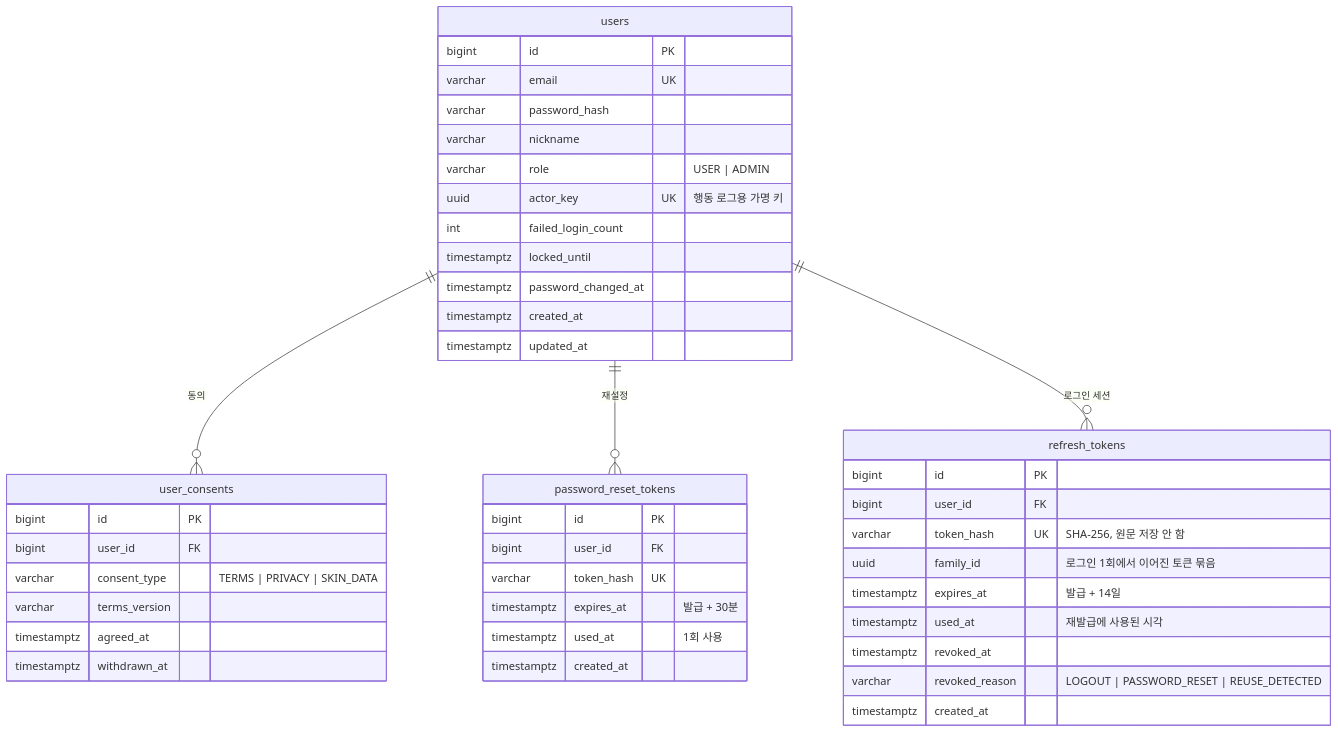
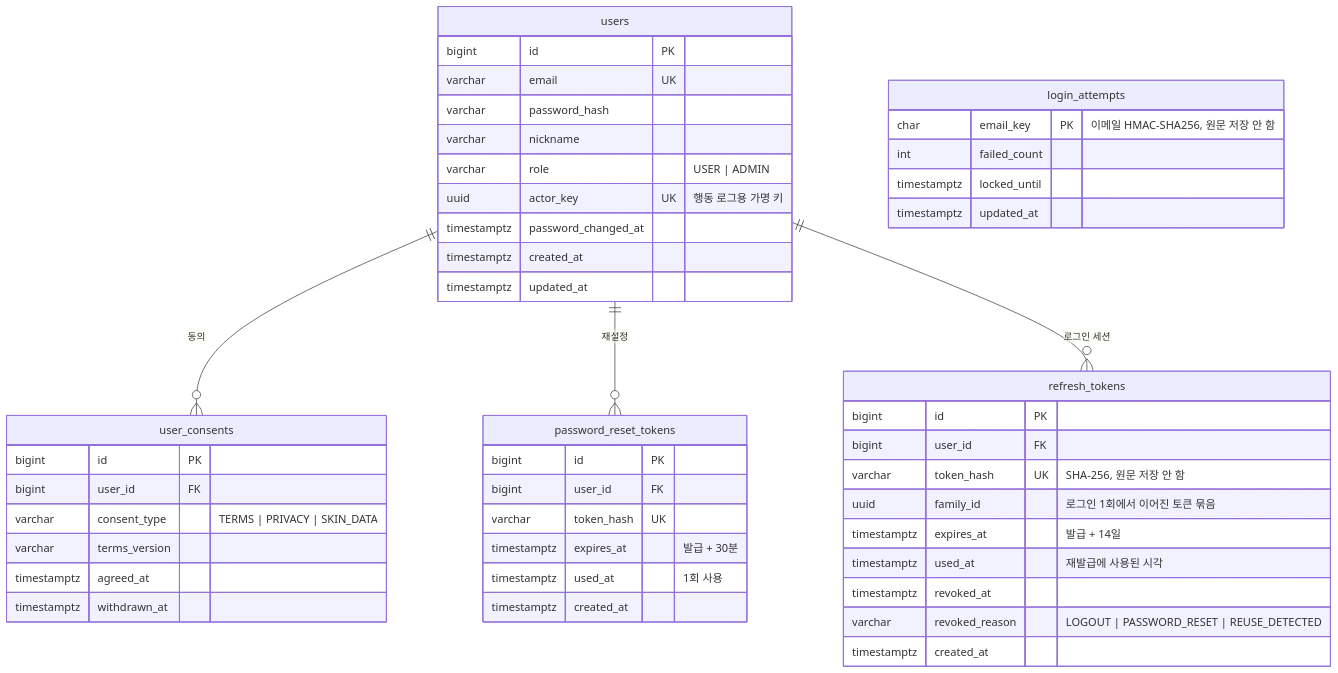
Before and after one commit to msun97/ai-beauty-curator: the second of 8 diagrams in docs/ERD.md, drawn with Mermaid. The commit also changed other lines of this file and 3 other files, not shown here.

````diff
--- a/docs/ERD.md
+++ b/docs/ERD.md
@@ -62,47 +62,51 @@
 ```mermaid
 erDiagram
     users ||--o{ user_consents : "동의"
     users ||--o{ password_reset_tokens : "재설정"
     users ||--o{ refresh_tokens : "로그인 세션"
+    login_attempts {
+        char email_key PK "이메일 HMAC-SHA256, 원문 저장 안 함"
+        int failed_count
+        timestamptz locked_until
+        timestamptz updated_at
+    }
 
     users {
         bigint id PK
         varchar email UK
         varchar password_hash
         varchar nickname
         varchar role "USER | ADMIN"
         uuid actor_key UK "행동 로그용 가명 키"
-        int failed_login_count
-        timestamptz locked_until
         timestamptz password_changed_at
         timestamptz created_at
         timestamptz updated_at
     }
     user_consents {
         bigint id PK
         bigint user_id FK
         varchar consent_type "TERMS | PRIVACY | SKIN_DATA"
         varchar terms_version
         timestamptz agreed_at
         timestamptz withdrawn_at
     }
     password_reset_tokens {
         bigint id PK
         bigint user_id FK
         varchar token_hash UK
         timestamptz expires_at "발급 + 30분"
         timestamptz used_at "1회 사용"
         timestamptz created_at
     }
     refresh_tokens {
         bigint id PK
         bigint user_id FK
         varchar token_hash UK "SHA-256, 원문 저장 안 함"
         uuid family_id "로그인 1회에서 이어진 토큰 묶음"
         timestamptz expires_at "발급 + 14일"
         timestamptz used_at "재발급에 사용된 시각"
         timestamptz revoked_at
         varchar revoked_reason "LOGOUT | PASSWORD_RESET | REUSE_DETECTED"
         timestamptz created_at
     }
 ```
````
